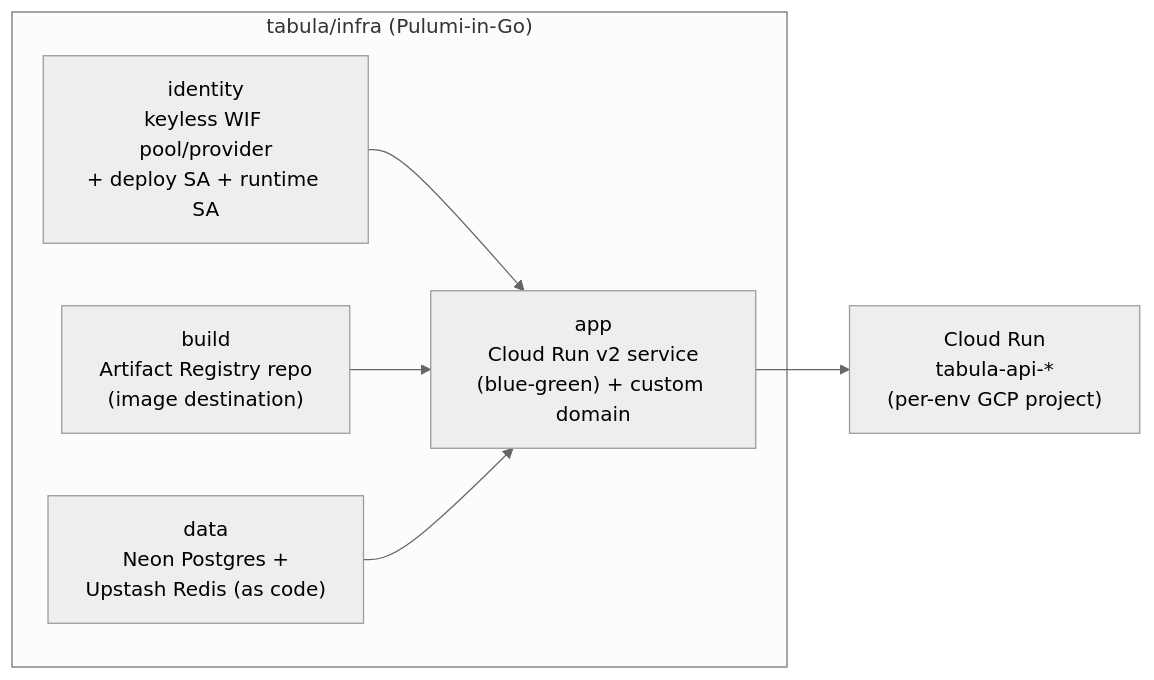
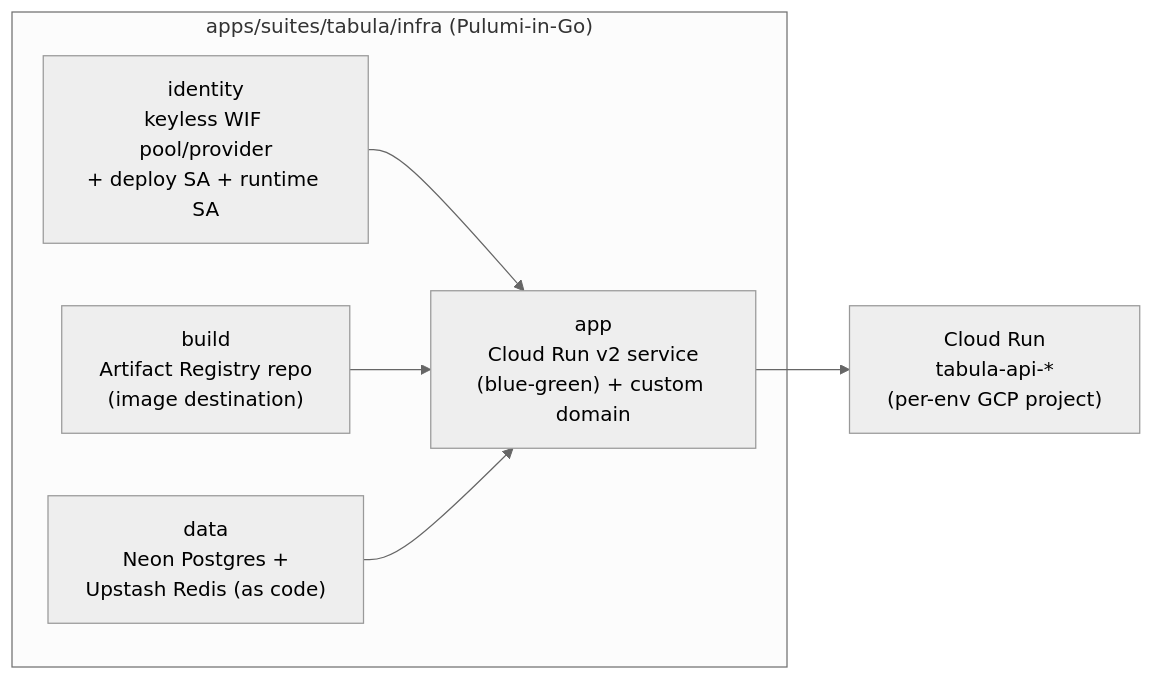
Before and after one commit to VitruvianSoftware/vitruvian-core: the diagram in apps/suites/tabula/docs/reference/infrastructure.md, drawn with Mermaid (neutral theme). The commit also changed other lines of this file and 73 other files, not shown here.

````diff
--- a/apps/suites/tabula/docs/reference/infrastructure.md
+++ b/apps/suites/tabula/docs/reference/infrastructure.md
@@ -16,13 +16,13 @@
 ```mermaid
 flowchart LR
-    subgraph tabula_infra["tabula/infra (Pulumi-in-Go)"]
+    subgraph tabula_infra["apps/suites/tabula/infra (Pulumi-in-Go)"]
         identity["identity<br/>keyless WIF pool/provider<br/>+ deploy SA + runtime SA"]
         build["build<br/>Artifact Registry repo<br/>(image destination)"]
         data["data<br/>Neon Postgres +<br/>Upstash Redis (as code)"]
         app["app<br/>Cloud Run v2 service<br/>(blue-green) + custom domain"]
     end
     identity --> app
     build --> app
     data --> app
     app --> run["Cloud Run<br/>tabula-api-*<br/>(per-env GCP project)"]
 ```
````
